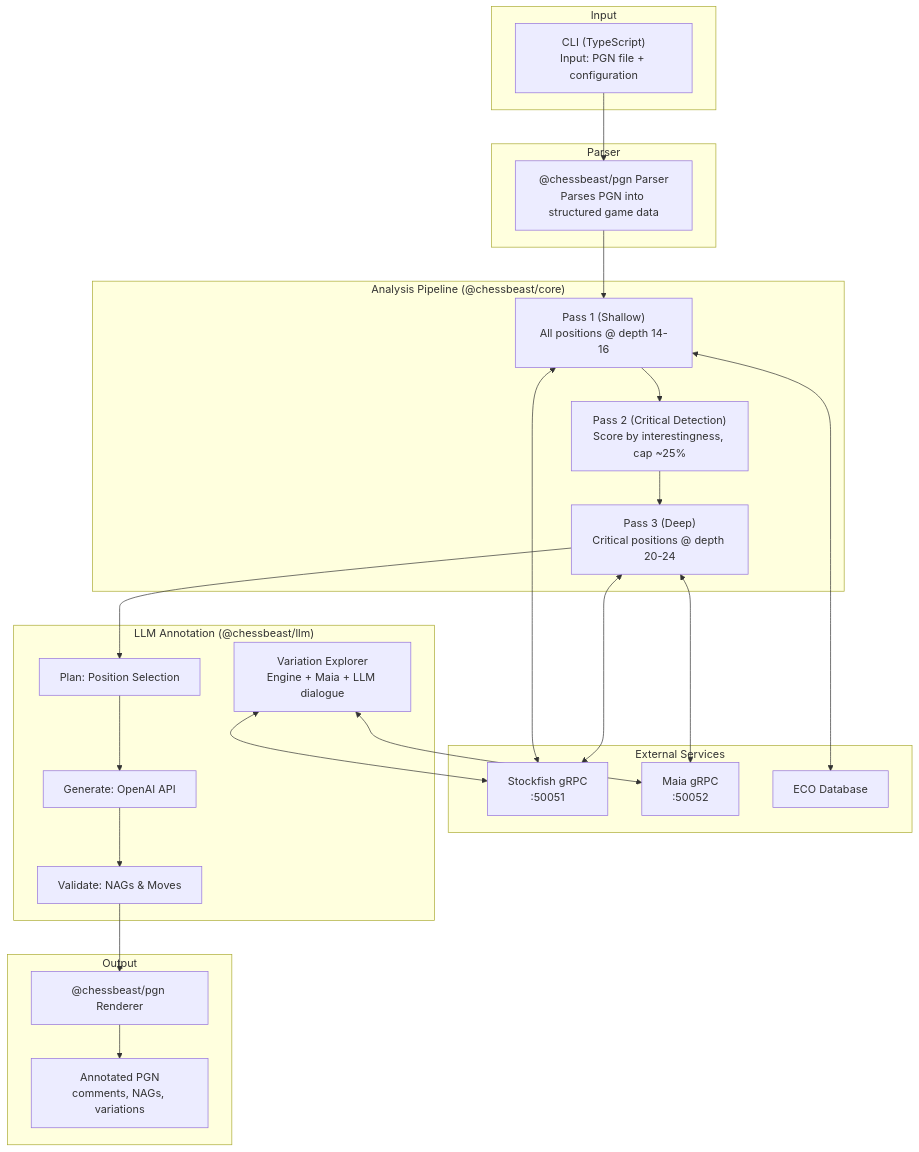
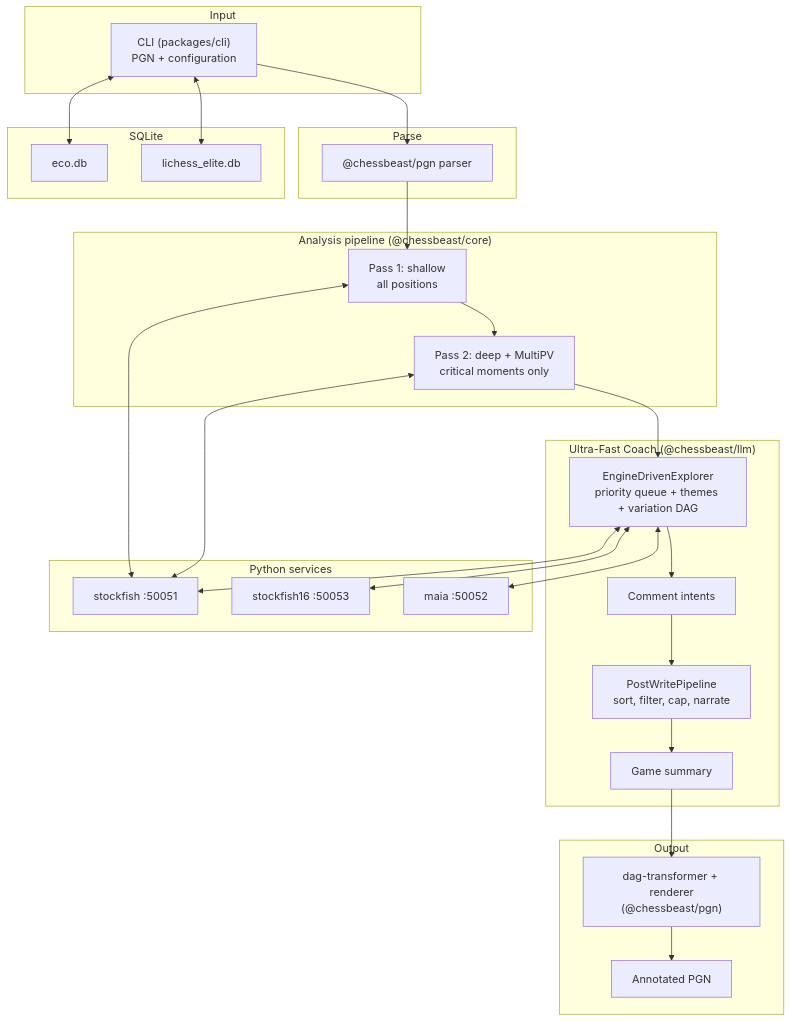
The first of 2 diagrams in docs/architecture.md (rlefko/chessbeast), drawn with Mermaid before and after one commit. The commit also changed other lines of this file and 201 other files, not shown here.

````diff
--- a/docs/architecture.md
+++ b/docs/architecture.md
@@ -7,44 +9,48 @@
 ```mermaid
 flowchart TB
     subgraph Input
-        CLI["CLI (TypeScript)<br/>Input: PGN file + configuration"]
+        CLI["CLI (packages/cli)<br/>PGN + configuration"]
     end
 
-    subgraph Parser
-        PGN_PARSER["@chessbeast/pgn Parser<br/>Parses PGN into structured game data"]
+    subgraph Parse
+        PARSER["@chessbeast/pgn parser"]
     end
 
-    subgraph Analysis["Analysis Pipeline (@chessbeast/core)"]
-        P1["Pass 1 (Shallow)<br/>All positions @ depth 14-16"]
-        P2["Pass 2 (Critical Detection)<br/>Score by interestingness, cap ~25%"]
-        P3["Pass 3 (Deep)<br/>Critical positions @ depth 20-24"]
+    subgraph Analysis["Analysis pipeline (@chessbeast/core)"]
+        P1["Pass 1: shallow<br/>all positions"]
+        P2["Pass 2: deep + MultiPV<br/>critical moments only"]
     end
 
-    subgraph Services["External Services"]
-        STOCK["Stockfish gRPC<br/>:50051"]
-        MAIA["Maia gRPC<br/>:50052"]
-        ECO["ECO Database"]
+    subgraph Annotation["Ultra-Fast Coach (@chessbeast/llm)"]
+        EXPLORE["EngineDrivenExplorer<br/>priority queue + themes + variation DAG"]
+        INTENTS["Comment intents"]
+        POSTWRITE["PostWritePipeline<br/>sort, filter, cap, narrate"]
+        SUMMARY["Game summary"]
     end
 
-    subgraph LLM["LLM Annotation (@chessbeast/llm)"]
-        PLAN["Plan: Position Selection"]
-        GEN["Generate: OpenAI API"]
-        VAL["Validate: NAGs & Moves"]
-        VAR["Variation Explorer<br/>Engine + Maia + LLM dialogue"]
+    subgraph Services["Python services"]
+        STOCK["stockfish :50051"]
+        SF16["stockfish16 :50053"]
+        MAIA["maia :50052"]
+    end
+
+    subgraph Data["SQLite"]
+        ECO["eco.db"]
+        ELITE["lichess_elite.db"]
     end
 
     subgraph Output
-        RENDER["@chessbeast/pgn Renderer"]
-        OUT["Annotated PGN<br/>comments, NAGs, variations"]
+        DAG["dag-transformer + renderer<br/>(@chessbeast/pgn)"]
+        OUT["Annotated PGN"]
     end
 
-    CLI --> PGN_PARSER --> P1
-    P1 --> P2 --> P3
+    CLI --> PARSER --> P1 --> P2 --> EXPLORE
     P1 <--> STOCK
-    P1 <--> ECO
-    P3 <--> STOCK
-    P3 <--> MAIA
-    P3 --> PLAN --> GEN --> VAL --> RENDER --> OUT
-    VAR <--> STOCK
-    VAR <--> MAIA
+    P2 <--> STOCK
+    EXPLORE <--> STOCK
+    EXPLORE <--> SF16
+    EXPLORE <--> MAIA
+    CLI <--> ECO
+    CLI <--> ELITE
+    EXPLORE --> INTENTS --> POSTWRITE --> SUMMARY --> DAG --> OUT
 ```
````
